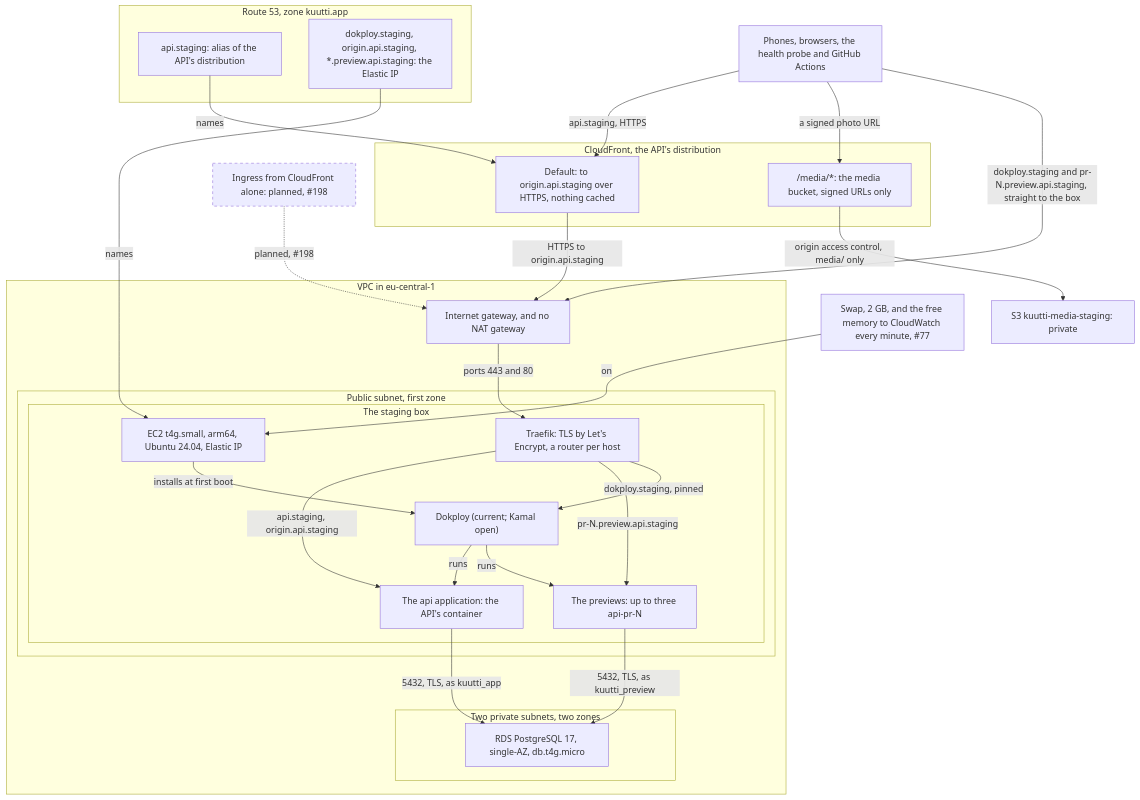
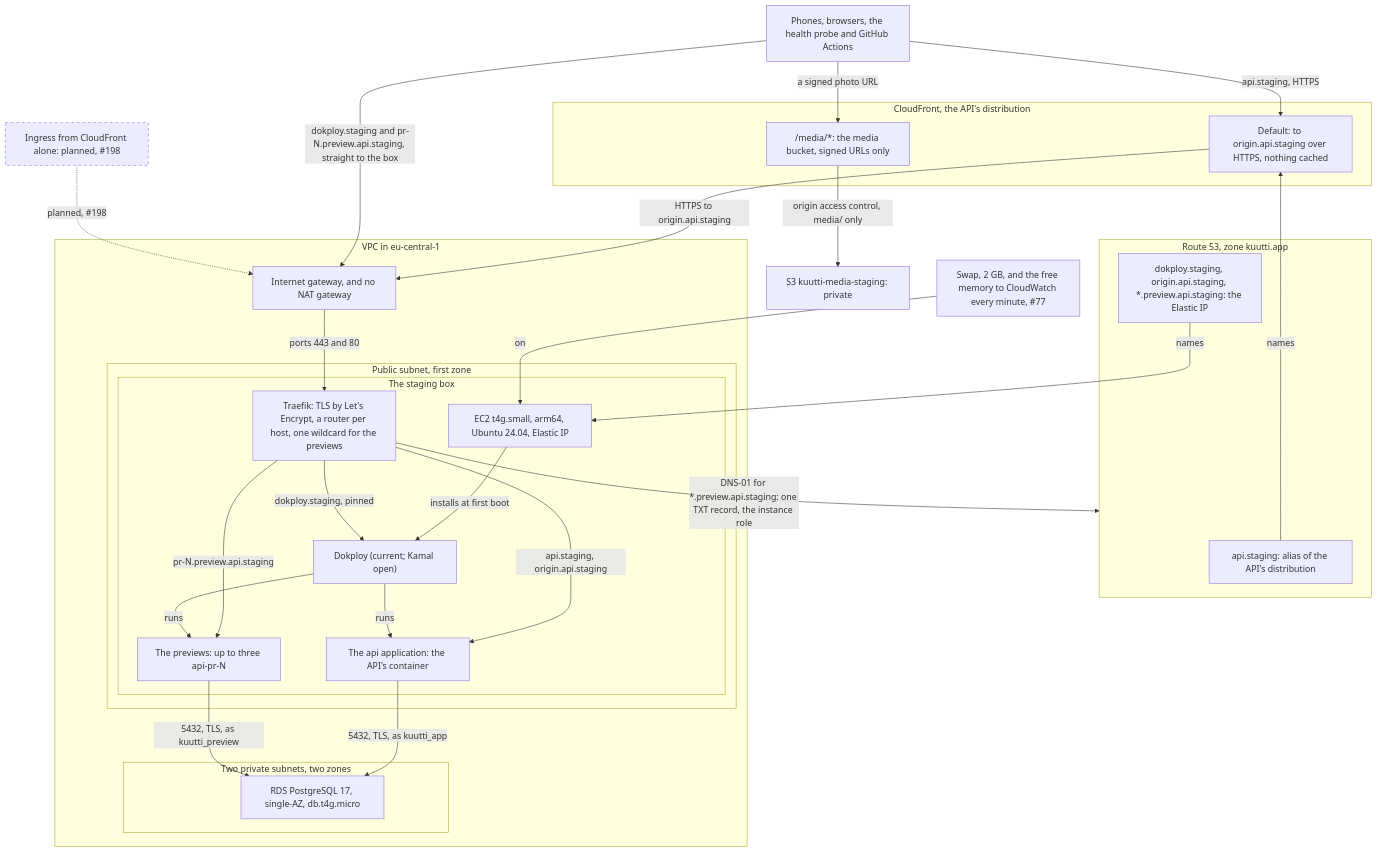
One commit to kuutti-ry/kuutti-app changed the second of 6 diagrams in docs/architecture/deployment.md. Above: the diagram before and after it, drawn with Mermaid. The commit also changed other lines of this file and 15 other files, not shown here.

Commit message:
Serve every preview under one wildcard certificate (ADR-053) (#449)

````diff
--- a/docs/architecture/deployment.md
+++ b/docs/architecture/deployment.md
@@ -71,51 +71,52 @@
 ```mermaid
 flowchart TB
   accTitle: Deployment, part 2: staging, its network and its box
-  accDescr: api.staging.kuutti.app is CloudFront, which serves photos from the private media bucket and sends everything else over HTTPS to the box. Dokploy's control plane and the previews reach the box directly by its Elastic IP. On the box, in a public subnet, Traefik terminates TLS and routes by host to Dokploy, the API and the previews. RDS PostgreSQL sits in two private subnets with no NAT. Ingress from CloudFront alone is planned. The box has 2 GB of swap and pushes its free memory to CloudWatch every minute.
+  accDescr: api.staging.kuutti.app is CloudFront, which serves photos from the private media bucket and sends everything else over HTTPS to the box. Dokploy's control plane and the previews reach the box directly by its Elastic IP. On the box, in a public subnet, Traefik terminates TLS and routes by host to Dokploy, the API and the previews, which share one wildcard certificate that Traefik obtains by writing one TXT record in Route 53. RDS PostgreSQL sits in two private subnets with no NAT. Ingress from CloudFront alone is planned. The box has 2 GB of swap and pushes its free memory to CloudWatch every minute.
   n11["Phones, browsers, the health probe and GitHub Actions"]
   subgraph dns["Route 53, zone kuutti.app"]
     n12["api.staging: alias of the API's distribution"]
     n13["dokploy.staging, origin.api.staging, *.preview.api.staging: the Elastic IP"]
   end
   subgraph cdn["CloudFront, the API's distribution"]
     n14["Default: to origin.api.staging over HTTPS, nothing cached"]
     n15["/media/*: the media bucket, signed URLs only"]
   end
   n16["S3 kuutti-media-staging: private"]
   subgraph vpcnet["VPC in eu-central-1"]
     n17["Internet gateway, and no NAT gateway"]
     subgraph pubnet["Public subnet, first zone"]
       subgraph ec2box["The staging box"]
         n18["EC2 t4g.small, arm64, Ubuntu 24.04, Elastic IP"]
-        n19["Traefik: TLS by Let's Encrypt, a router per host"]
+        n19["Traefik: TLS by Let's Encrypt, a router per host, one wildcard for the previews"]
         n20["Dokploy (current; Kamal open)"]
         n21["The api application: the API's container"]
         n22["The previews: up to three api-pr-N"]
       end
     end
     subgraph privnet["Two private subnets, two zones"]
       n23["RDS PostgreSQL 17, single-AZ, db.t4g.micro"]
     end
   end
   n24["Ingress from CloudFront alone: planned, #198"]:::notbuilt
   n25["Swap, 2 GB, and the free memory to CloudWatch every minute, #77"]
   n12 -->|"names"| n14
   n13 -->|"names"| n18
   n11 -->|"api.staging, HTTPS"| n14
   n11 -->|"a signed photo URL"| n15
   n15 -->|"origin access control, media/ only"| n16
   n14 -->|"HTTPS to origin.api.staging"| n17
   n11 -->|"dokploy.staging and pr-N.preview.api.staging, straight to the box"| n17
   n17 -->|"ports 443 and 80"| n19
   n18 -->|"installs at first boot"| n20
   n19 -->|"api.staging, origin.api.staging"| n21
   n19 -->|"pr-N.preview.api.staging"| n22
   n19 -->|"dokploy.staging, pinned"| n20
+  n19 -->|"DNS-01 for *.preview.api.staging: one TXT record, the instance role"| dns
   n20 -->|"runs"| n21
   n20 -->|"runs"| n22
   n21 -->|"5432, TLS, as kuutti_app"| n23
   n22 -->|"5432, TLS, as kuutti_preview"| n23
   n24 -.->|"planned, #198"| n17
   n25 -->|"on"| n18
   classDef notbuilt stroke-dasharray: 5 5
 ```
````
